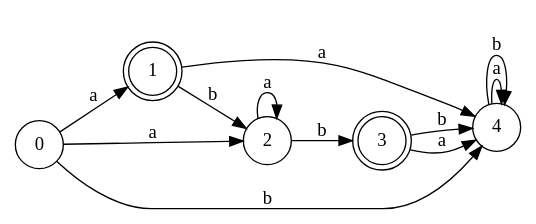
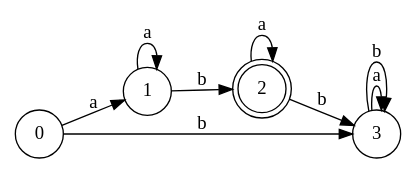
Before and after one commit to Nooosky/Licence3: the diagram in Theorie_Langages/TP/img/automaton.dot, drawn with Graphviz. The commit also changed 3 other files, not shown here.

```diff
--- a/Theorie_Langages/TP/img/automaton.dot
+++ b/Theorie_Langages/TP/img/automaton.dot
@@ -1,17 +1,14 @@
 digraph finite_state_machine {
 	rankdir=LR;
 	size="8,5";
-	node [shape = doublecircle]; 1 3;
+	node [shape = doublecircle]; 2;
 	node [shape = circle];
 	0 -> 1 [ label = "a" ];
-	0 -> 2 [ label = "a" ];
-	0 -> 4 [ label = "b" ];
-	1 -> 4 [ label = "a" ];
+	0 -> 3 [ label = "b" ];
+	1 -> 1 [ label = "a" ];
 	1 -> 2 [ label = "b" ];
 	2 -> 2 [ label = "a" ];
 	2 -> 3 [ label = "b" ];
-	3 -> 4 [ label = "a" ];
-	3 -> 4 [ label = "b" ];
-	4 -> 4 [ label = "a" ];
-	4 -> 4 [ label = "b" ];
+	3 -> 3 [ label = "a" ];
+	3 -> 3 [ label = "b" ];
 }
```
